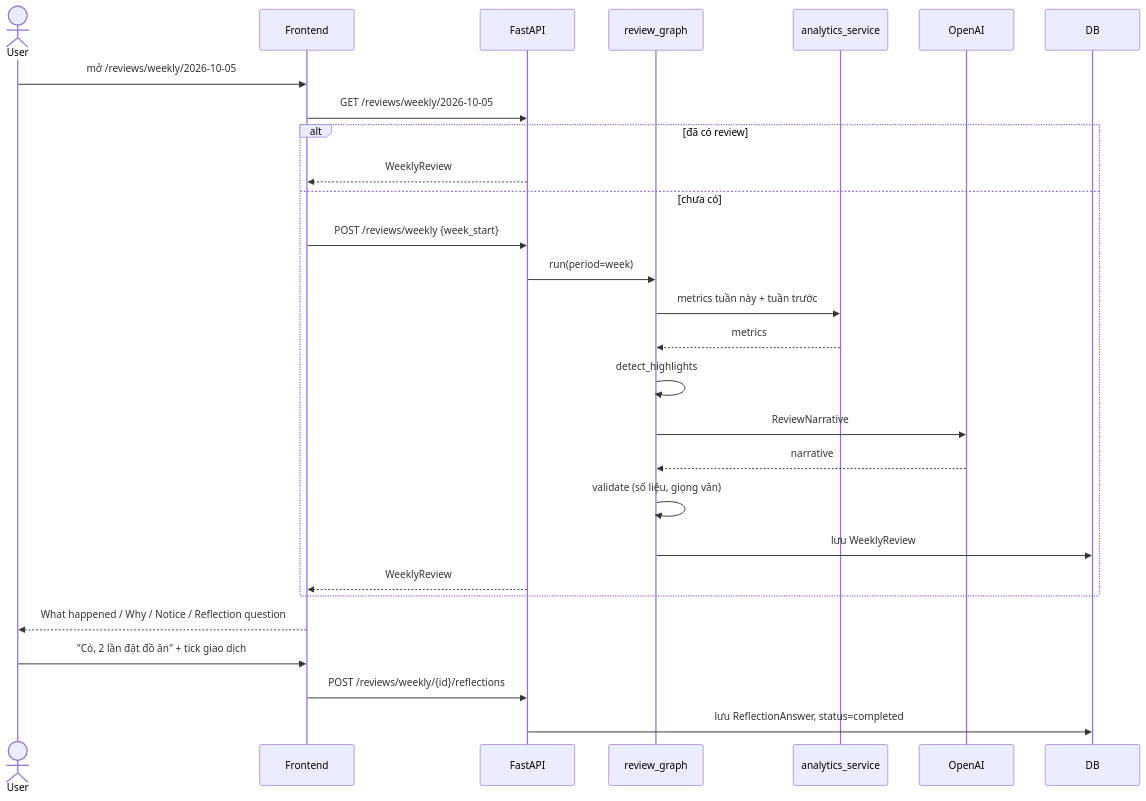
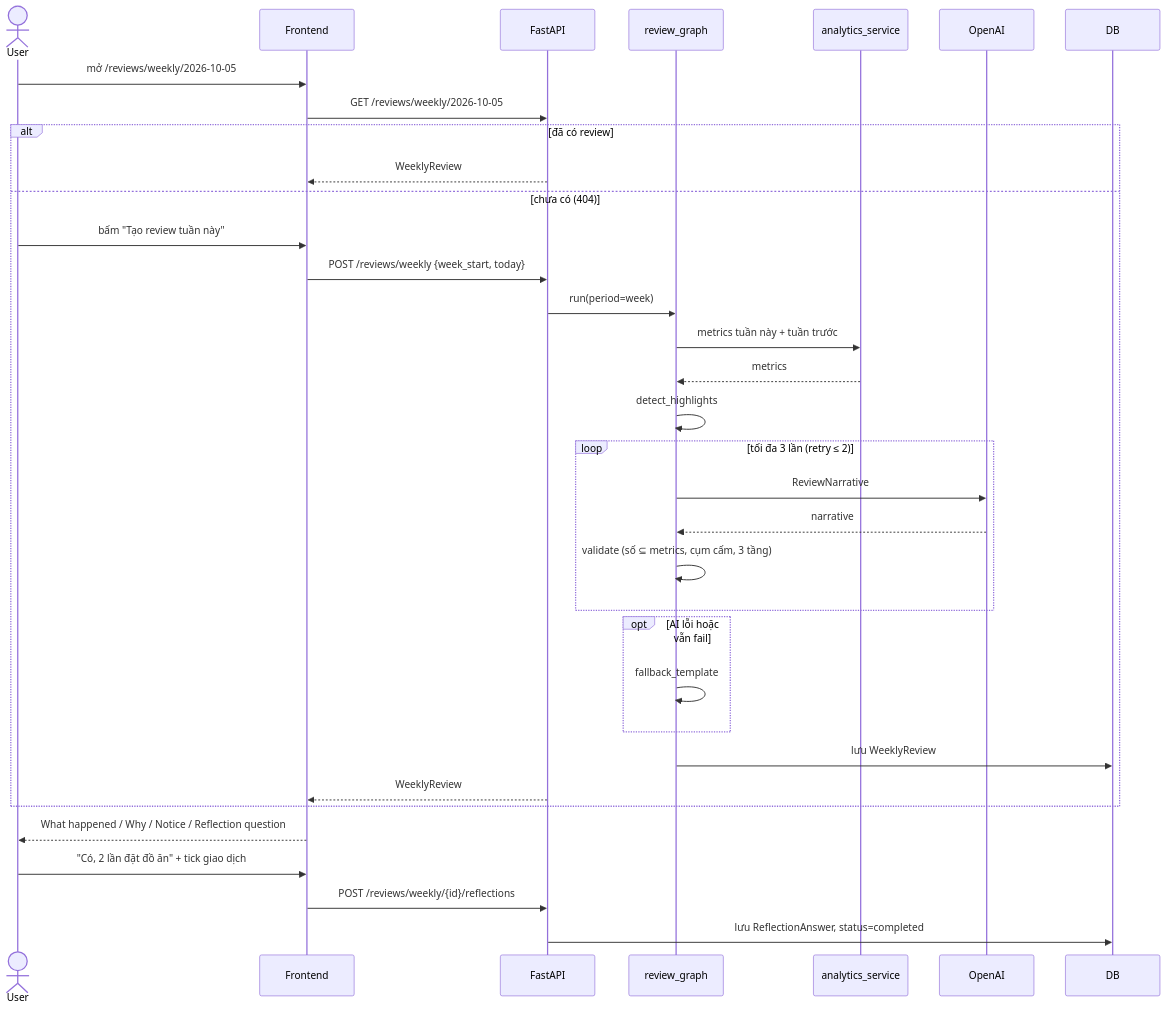
Before and after one commit to dangbh96/AI-personal-finance-assistant: the third of 7 diagrams in docs/architecture/sequences.md, drawn with Mermaid. The commit also changed 43 other files, not shown here.

First line of the commit message:
phase-06: weekly review engine

````diff
--- a/docs/architecture/sequences.md
+++ b/docs/architecture/sequences.md
@@ -75,31 +75,37 @@
 ```mermaid
 sequenceDiagram
     actor U as User
     participant FE as Frontend
     participant API as FastAPI
     participant G as review_graph
     participant AN as analytics_service
     participant OAI as OpenAI
     participant DB as DB
 
     U->>FE: mở /reviews/weekly/2026-10-05
     FE->>API: GET /reviews/weekly/2026-10-05
     alt đã có review
         API-->>FE: WeeklyReview
-    else chưa có
-        FE->>API: POST /reviews/weekly {week_start}
+    else chưa có (404)
+        U->>FE: bấm "Tạo review tuần này"
+        FE->>API: POST /reviews/weekly {week_start, today}
         API->>G: run(period=week)
         G->>AN: metrics tuần này + tuần trước
         AN-->>G: metrics
         G->>G: detect_highlights
-        G->>OAI: ReviewNarrative
-        OAI-->>G: narrative
-        G->>G: validate (số liệu, giọng văn)
+        loop tối đa 3 lần (retry ≤ 2)
+            G->>OAI: ReviewNarrative
+            OAI-->>G: narrative
+            G->>G: validate (số ⊆ metrics, cụm cấm, 3 tầng)
+        end
+        opt AI lỗi hoặc vẫn fail
+            G->>G: fallback_template
+        end
         G->>DB: lưu WeeklyReview
         API-->>FE: WeeklyReview
     end
     FE-->>U: What happened / Why / Notice / Reflection question
     U->>FE: "Có, 2 lần đặt đồ ăn" + tick giao dịch
     FE->>API: POST /reviews/weekly/{id}/reflections
     API->>DB: lưu ReflectionAnswer, status=completed
 ```
````
